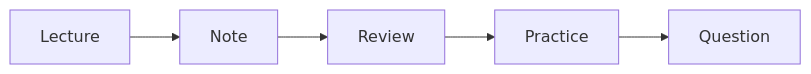
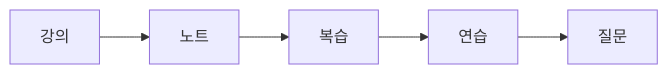
One commit to yeongseon-books/book-content changed the diagram in content/computer-science-major-101/ko/08-how-to-study-cs.md. Above: the diagram before and after it, drawn with Mermaid. The commit also changed other lines of this file and 8 other files, not shown here.

````diff
--- a/content/computer-science-major-101/ko/08-how-to-study-cs.md
+++ b/content/computer-science-major-101/ko/08-how-to-study-cs.md
@@ -33,7 +55,7 @@
 ```mermaid
 flowchart LR
-    L[Lecture] --> N[Note]
-    N --> R[Review]
-    R --> P[Practice]
-    P --> Q[Question]
+    L[강의] --> N[노트]
+    N --> R[복습]
+    R --> P[연습]
+    P --> Q[질문]
 ```
````
